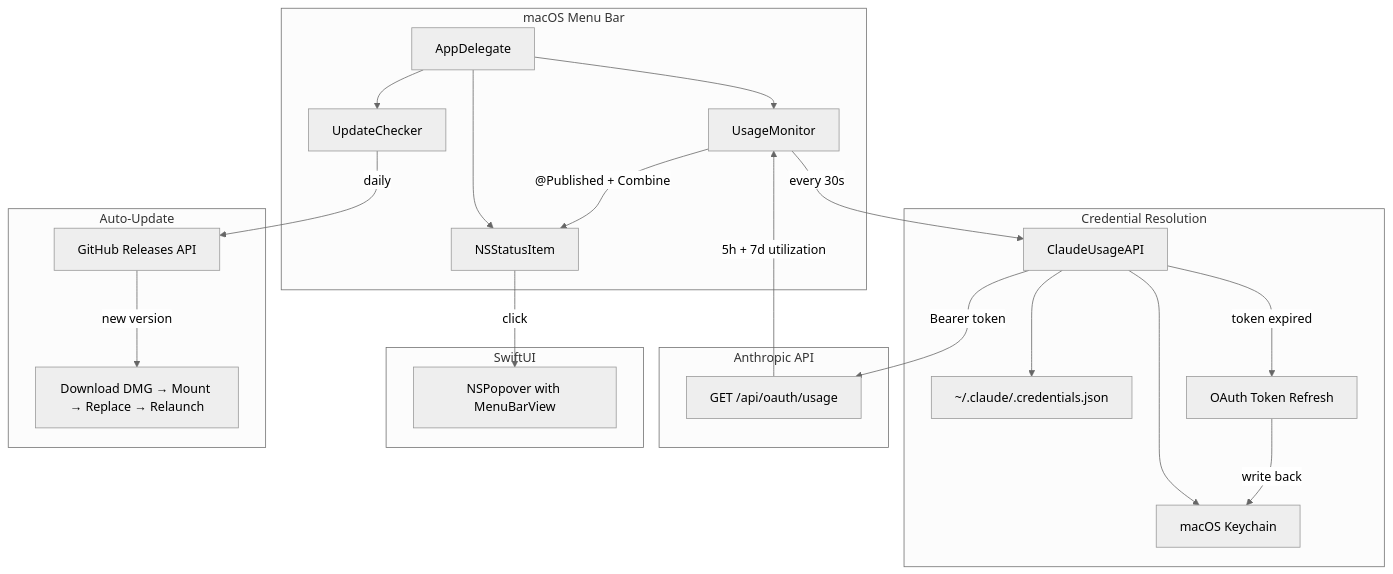
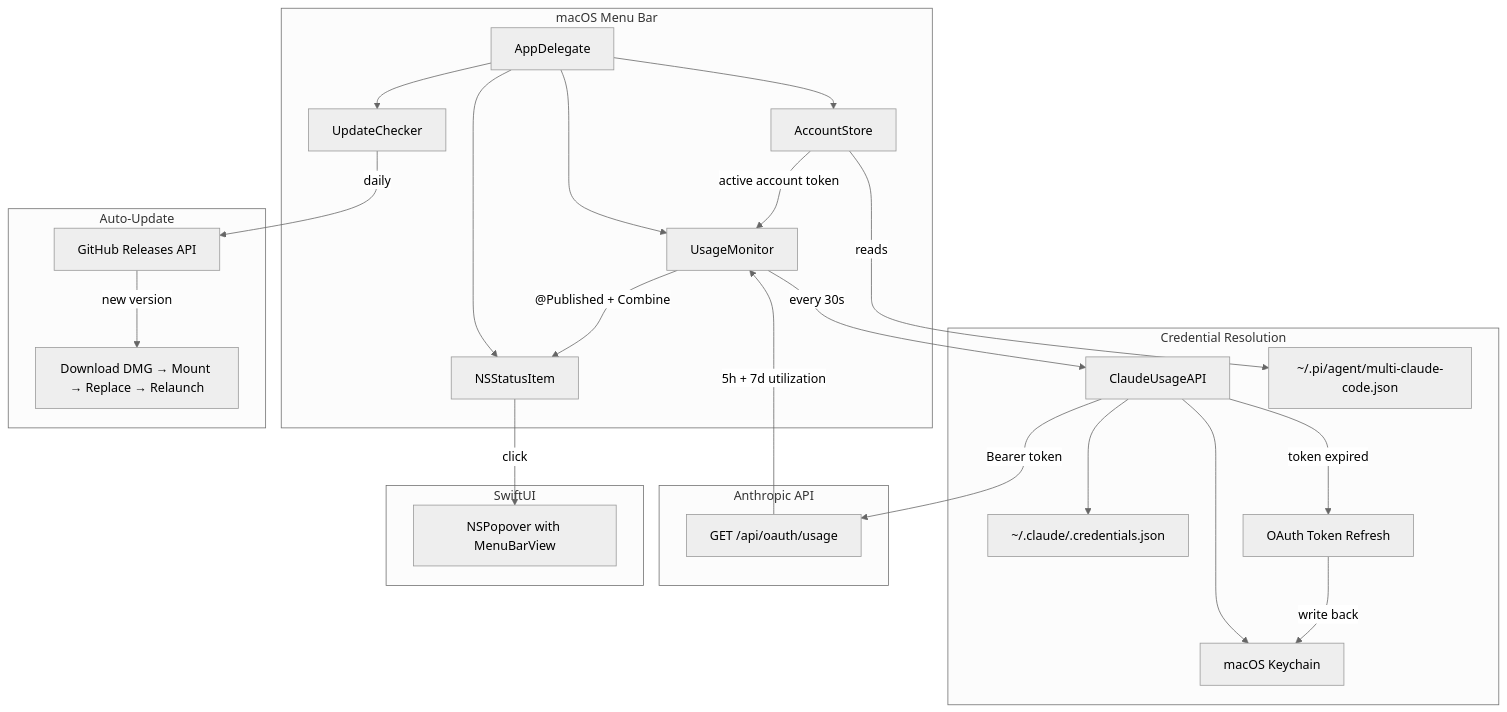
The diagram in README.md (sasha-computer/claude-code-usage), drawn with Mermaid (neutral theme) before and after one commit. The commit also changed other lines of this file, not shown here.

Commit message:
docs: add multi-account MCC feature to README

````diff
--- a/README.md
+++ b/README.md
@@ -32,31 +32,34 @@
 ```mermaid
 graph TD
     subgraph macOS Menu Bar
         AD[AppDelegate] --> UM[UsageMonitor]
         AD --> UC[UpdateChecker]
+        AD --> AS[AccountStore]
         AD --> SI[NSStatusItem]
+        AS -->|active account token| UM
     end
 
     subgraph Credential Resolution
         UM -->|every 30s| API[ClaudeUsageAPI]
         API --> KC[macOS Keychain]
         API --> CF["~/.claude/.credentials.json"]
+        AS -->|reads| MCC["~/.pi/agent/multi-claude-code.json"]
         API -->|token expired| TR[OAuth Token Refresh]
         TR -->|write back| KC
     end
 
     subgraph Anthropic API
         API -->|Bearer token| UA["GET /api/oauth/usage"]
         UA -->|5h + 7d utilization| UM
     end
 
     subgraph SwiftUI
         UM -->|"@Published + Combine"| SI
         SI -->|click| PO["NSPopover with MenuBarView"]
     end
 
     subgraph Auto-Update
         UC -->|daily| GH[GitHub Releases API]
         GH -->|new version| DMG["Download DMG → Mount → Replace → Relaunch"]
     end
 ```
````
